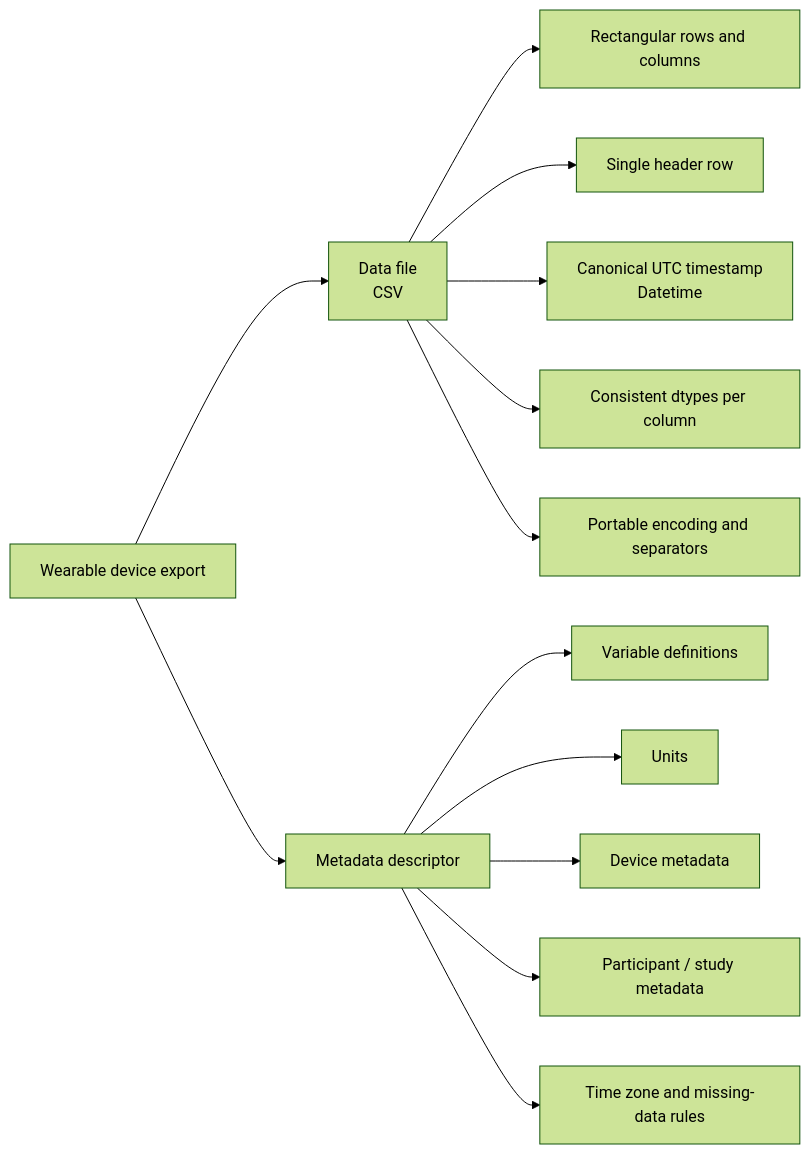
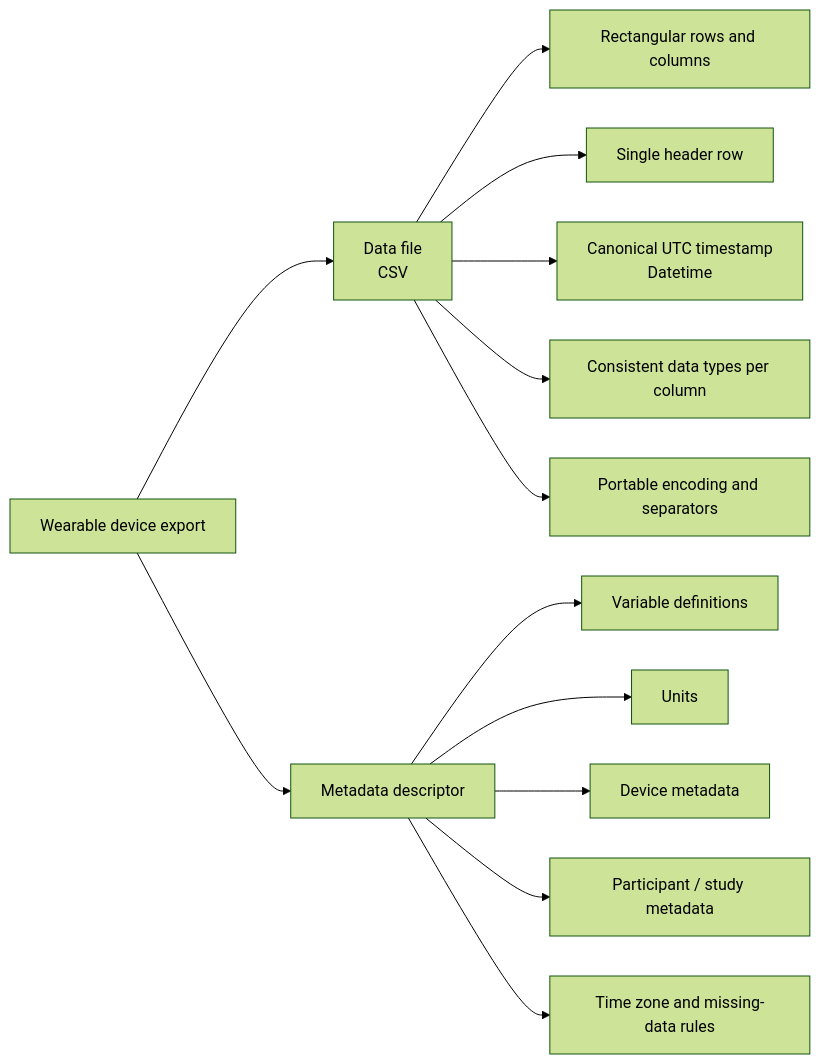
The diagram in index.qmd (tscnlab/wearable_file_validator), drawn with Mermaid (forest theme) before and after one commit. The commit also changed other lines of this file and 11 other files, not shown here.

````diff
--- a/index.qmd
+++ b/index.qmd
@@ -993,18 +53,23 @@
 ```{mermaid}
+%%| label: fig-flowchart
+%%| fig-cap: "Structure of a wearable device export with a CSV data file and accompanying metadata descriptor."
+%%| fig-alt: "Flowchart showing that a wearable device export consists of a data CSV file and a metadata descriptor. The CSV file requires rectangular rows and columns, a single header row, canonical UTC timestamps, consistent data types, and portable encoding and separators. The metadata descriptor defines variables, units, device metadata, participant or study metadata, and rules for time zones and missing data."
+
+%%{init: {"flowchart": {"diagramPadding": 40, "nodeSpacing": 40, "rankSpacing": 55}} }%%
+
 flowchart LR
     A[Wearable device export] --> B[Data file<br/>CSV]
     A --> C[Metadata descriptor]
 
     B --> B1[Rectangular rows and columns]
     B --> B2[Single header row]
     B --> B3[Canonical UTC timestamp<br/>Datetime]
-    B --> B4[Consistent dtypes per column]
+    B --> B4[Consistent data types per column]
     B --> B5[Portable encoding and separators]
 
     C --> C1[Variable definitions]
     C --> C2[Units]
     C --> C3[Device metadata]
     C --> C4[Participant / study metadata]
     C --> C5[Time zone and missing-data rules]
-
 ```
````
